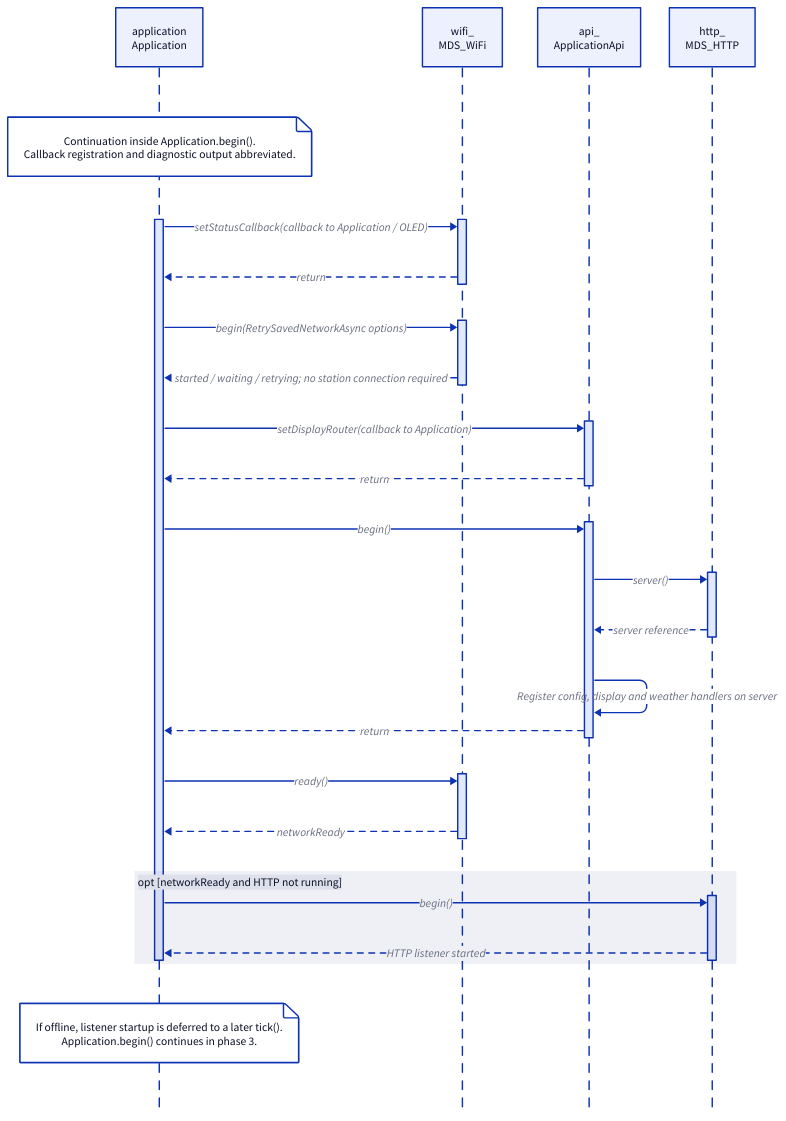
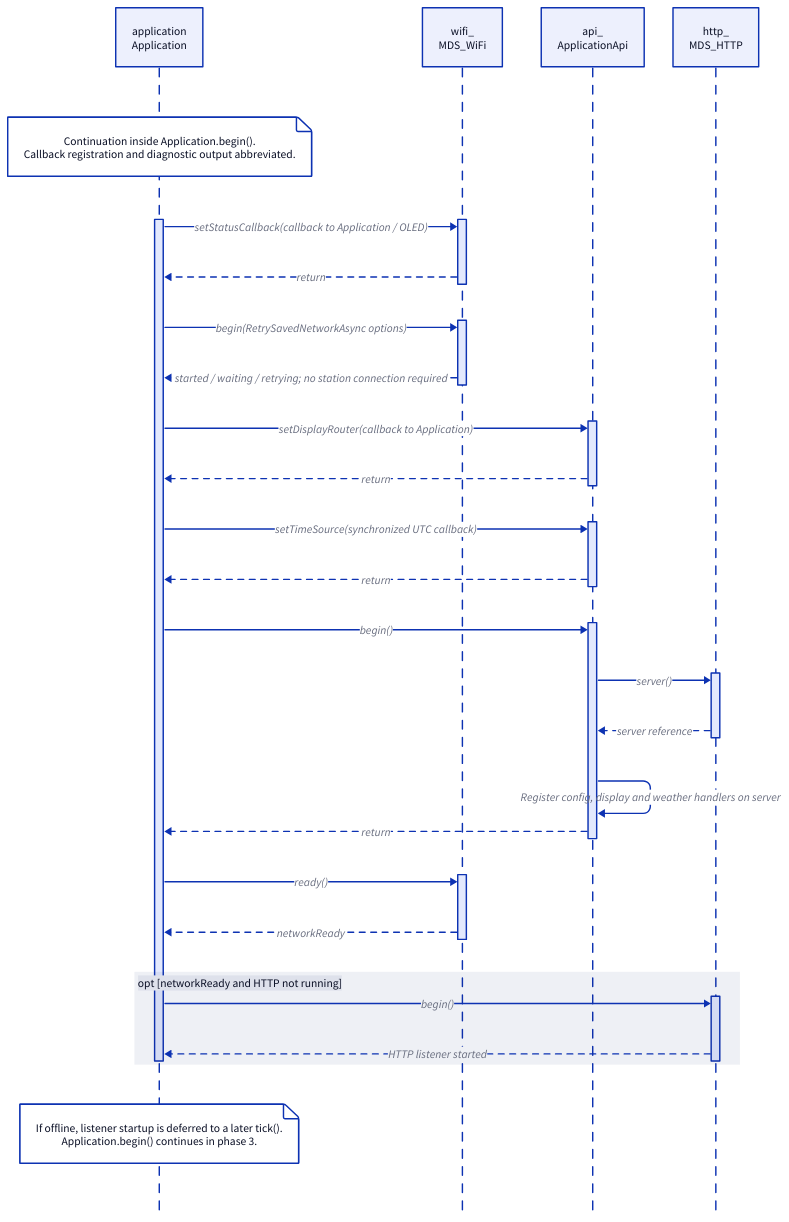
Before and after one commit to PerlPooch/TimeMachine: the diagram in Notes and Documentation/Firmware/Architecture/diagrams/startup-network.d2, drawn with D2. The commit also changed 9 other files, not shown here.

```diff
--- a/Notes and Documentation/Firmware/Architecture/diagrams/startup-network.d2
+++ b/Notes and Documentation/Firmware/Architecture/diagrams/startup-network.d2
@@ -1,24 +1,26 @@
 shape: sequence_diagram
 app: "application\nApplication"
 wifi: "wifi_\nMDS_WiFi"
 api: "api_\nApplicationApi"
 http: "http_\nMDS_HTTP"
 app.note: "Continuation inside Application.begin().\nCallback registration and diagnostic output abbreviated."
 app.begin -> wifi.cb: "setStatusCallback(callback to Application / OLED)"
 wifi.cb -> app.begin: "return" {style.stroke-dash: 4}
 app.begin -> wifi.begin: "begin(RetrySavedNetworkAsync options)"
 wifi.begin -> app.begin: "started / waiting / retrying; no station connection required" {style.stroke-dash: 4}
 app.begin -> api.router: "setDisplayRouter(callback to Application)"
 api.router -> app.begin: "return" {style.stroke-dash: 4}
+app.begin -> api.timeSource: "setTimeSource(synchronized UTC callback)"
+api.timeSource -> app.begin: "return" {style.stroke-dash: 4}
 app.begin -> api.begin: "begin()"
 api.begin -> http.server: "server()"
 http.server -> api.begin: "server reference" {style.stroke-dash: 4}
 api.begin -> api.begin: "Register config, display and weather handlers on server"
 api.begin -> app.begin: "return" {style.stroke-dash: 4}
 app.begin -> wifi.ready: "ready()"
 wifi.ready -> app.begin: "networkReady" {style.stroke-dash: 4}
 when_online: "opt [networkReady and HTTP not running]" {
   app.begin -> http.begin: "begin()"
   http.begin -> app.begin: "HTTP listener started" {style.stroke-dash: 4}
 }
 app.note2: "If offline, listener startup is deferred to a later tick().\nApplication.begin() continues in phase 3."
```
